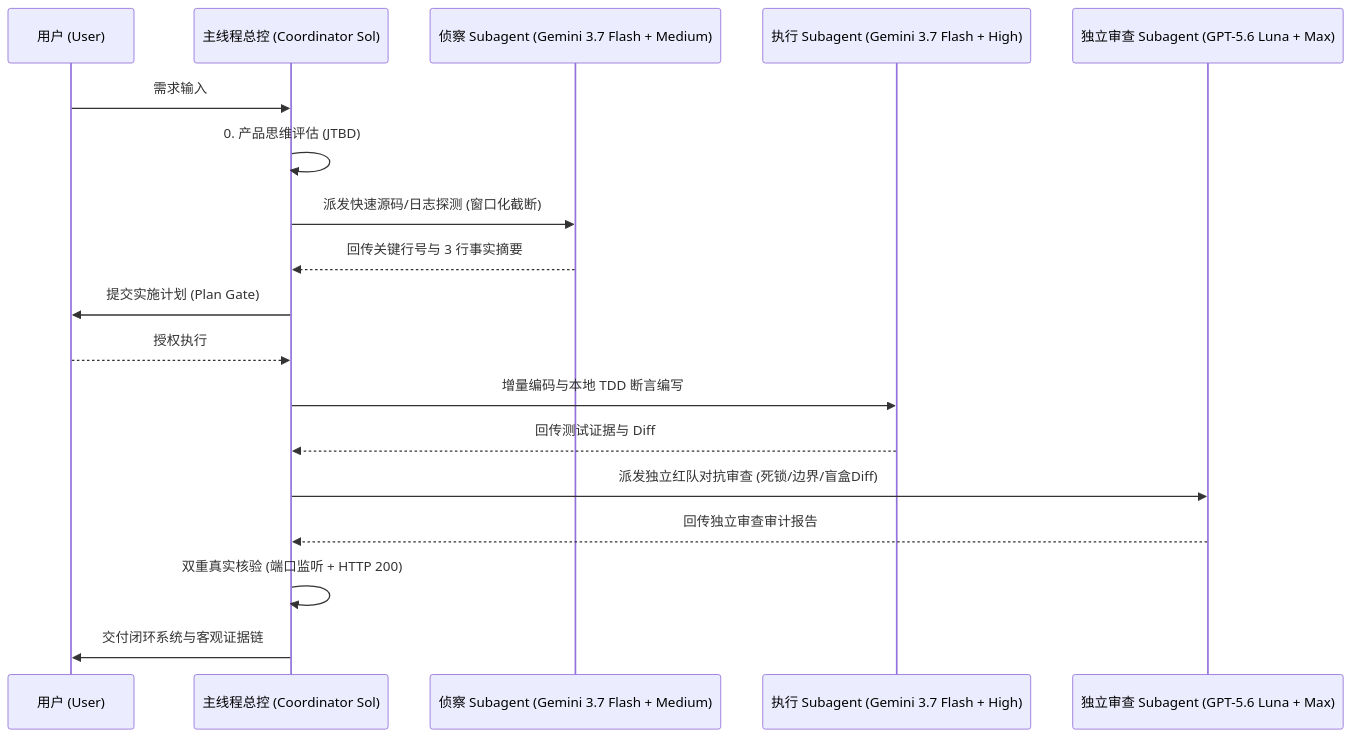
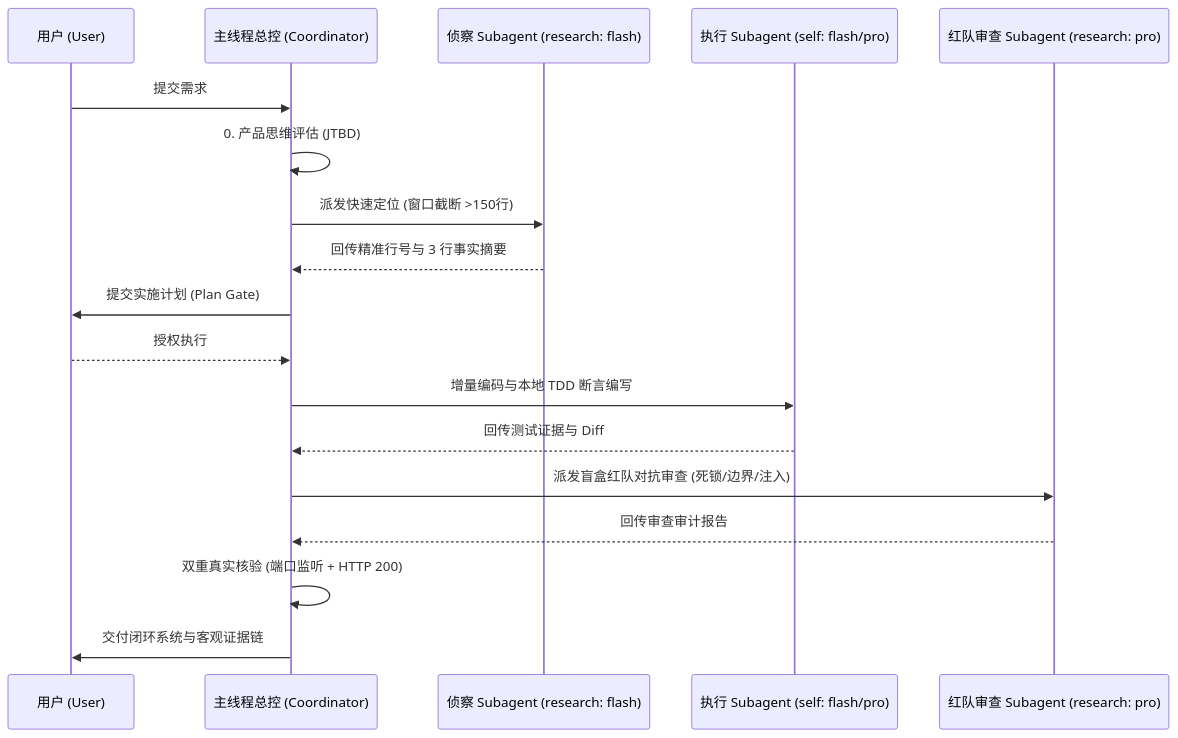
Before and after one commit to Alphaxiaoteng/antigravity-agent-protocol: the diagram in README.md, drawn with Mermaid. The commit also changed other lines of this file and 5 other files, not shown here.

Commit message:
feat(subagents): align with native Antigravity 2.0 Gemini Subagent model parameters (flash, pro, flash_lite)

````diff
--- a/README.md
+++ b/README.md
@@ -31,21 +31,21 @@
 ```mermaid
 sequenceDiagram
     participant User as 用户 (User)
-    participant Sol as 主线程总控 (Coordinator Sol)
-    participant Scout as 侦察 Subagent (Gemini 3.7 Flash + Medium)
-    participant Builder as 执行 Subagent (Gemini 3.7 Flash + High)
-    participant Luna as 独立审查 Subagent (GPT-5.6 Luna + Max)
+    participant Sol as 主线程总控 (Coordinator)
+    participant Scout as 侦察 Subagent (research: flash)
+    participant Builder as 执行 Subagent (self: flash/pro)
+    participant Adversary as 红队审查 Subagent (research: pro)
 
-    User->>Sol: 需求输入
+    User->>Sol: 提交需求
     Sol->>Sol: 0. 产品思维评估 (JTBD)
-    Sol->>Scout: 派发快速源码/日志探测 (窗口化截断)
-    Scout-->>Sol: 回传关键行号与 3 行事实摘要
+    Sol->>Scout: 派发快速定位 (窗口截断 >150行)
+    Scout-->>Sol: 回传精准行号与 3 行事实摘要
     Sol->>User: 提交实施计划 (Plan Gate)
     User-->>Sol: 授权执行
     Sol->>Builder: 增量编码与本地 TDD 断言编写
     Builder-->>Sol: 回传测试证据与 Diff
-    Sol->>Luna: 派发独立红队对抗审查 (死锁/边界/盲盒Diff)
-    Luna-->>Sol: 回传独立审查审计报告
+    Sol->>Adversary: 派发盲盒红队对抗审查 (死锁/边界/注入)
+    Adversary-->>Sol: 回传审查审计报告
     Sol->>Sol: 双重真实核验 (端口监听 + HTTP 200)
     Sol->>User: 交付闭环系统与客观证据链
 ```
````
